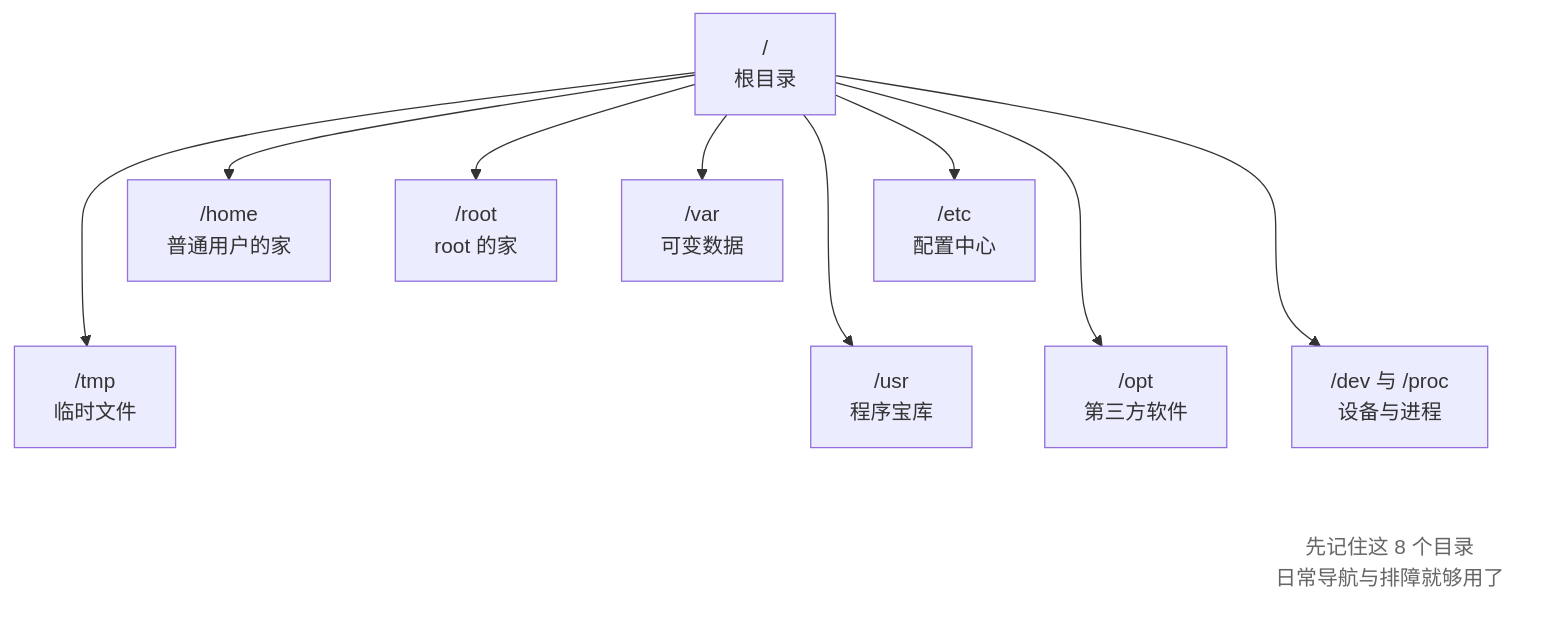
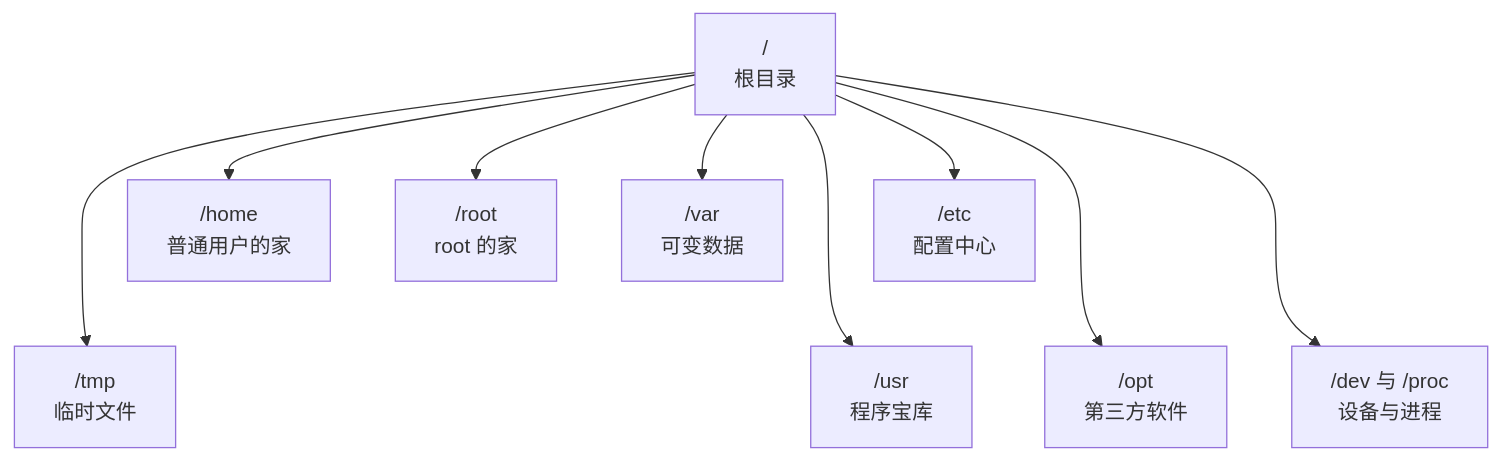
Before and after one commit to wangxiangnan/wangxiangnan.github.io: the second of 2 diagrams in src/linux-command/ch02.md, drawn with Mermaid. The commit also changed other lines of this file and 15 other files, not shown here.

````diff
--- a/src/linux-command/ch02.md
+++ b/src/linux-command/ch02.md
@@ -170,20 +170,15 @@
 ```mermaid
 flowchart TB
     R["/<br>根目录"]
     E["/etc<br>配置中心"]
     H["/home<br>普通用户的家"]
     RO["/root<br>root 的家"]
     V["/var<br>可变数据"]
     T["/tmp<br>临时文件"]
     U["/usr<br>程序宝库"]
     O["/opt<br>第三方软件"]
     D["/dev 与 /proc<br>设备与进程"]
-    N["先记住这 8 个目录<br>日常导航与排障就够用了"]
 
     R --> E & H & RO & V & T & U & O & D
     E ~~~ T & U & O & D
-    D ~~~ N
-
-    classDef note fill:none,stroke:none,color:#666
-    class N note
 ```
````
